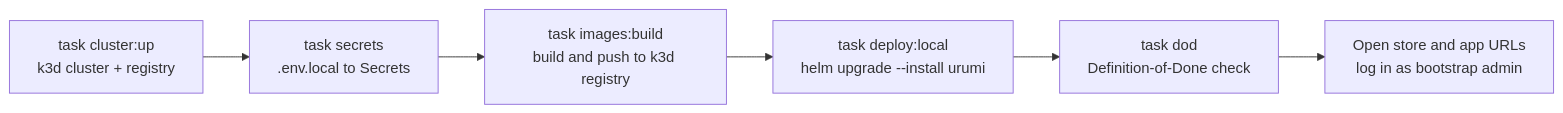
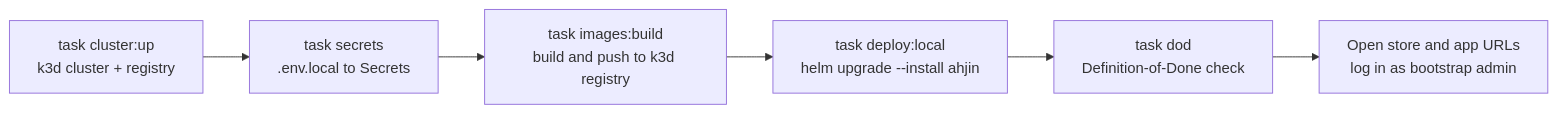
Before and after one commit to Mohan0112/Merchant_MCP_gateway: diagram 22 of 27 in docs/PROJECT_PLAN.md, drawn with Mermaid. The commit also changed other lines of this file and 135 other files, not shown here.

First line of the commit message:
chore: name everything Ahjin (Task 32)

````diff
--- a/docs/PROJECT_PLAN.md
+++ b/docs/PROJECT_PLAN.md
@@ -1771,8 +1771,8 @@
 ```mermaid
 flowchart LR
     a["task cluster:up<br/>k3d cluster + registry"] --> b["task secrets<br/>.env.local to Secrets"]
     b --> c["task images:build<br/>build and push to k3d registry"]
-    c --> d["task deploy:local<br/>helm upgrade --install urumi"]
+    c --> d["task deploy:local<br/>helm upgrade --install ahjin"]
     d --> e["task dod<br/>Definition-of-Done check"]
     e --> f["Open store and app URLs<br/>log in as bootstrap admin"]
 ```
````
